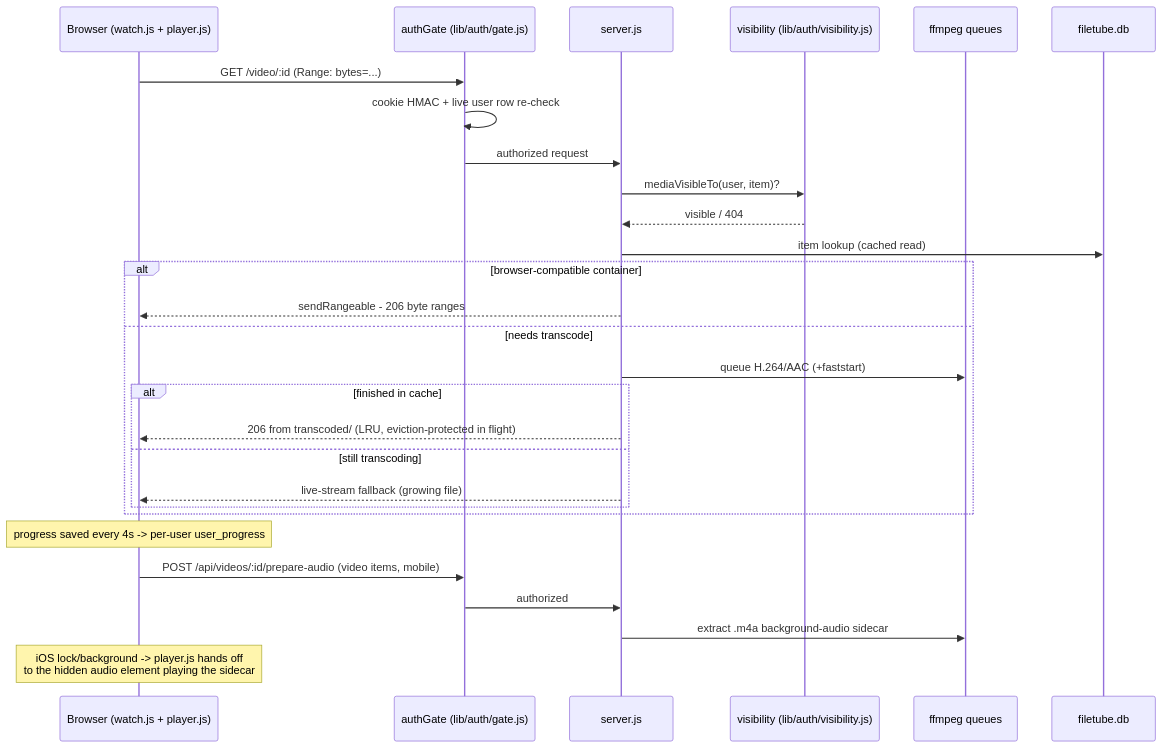
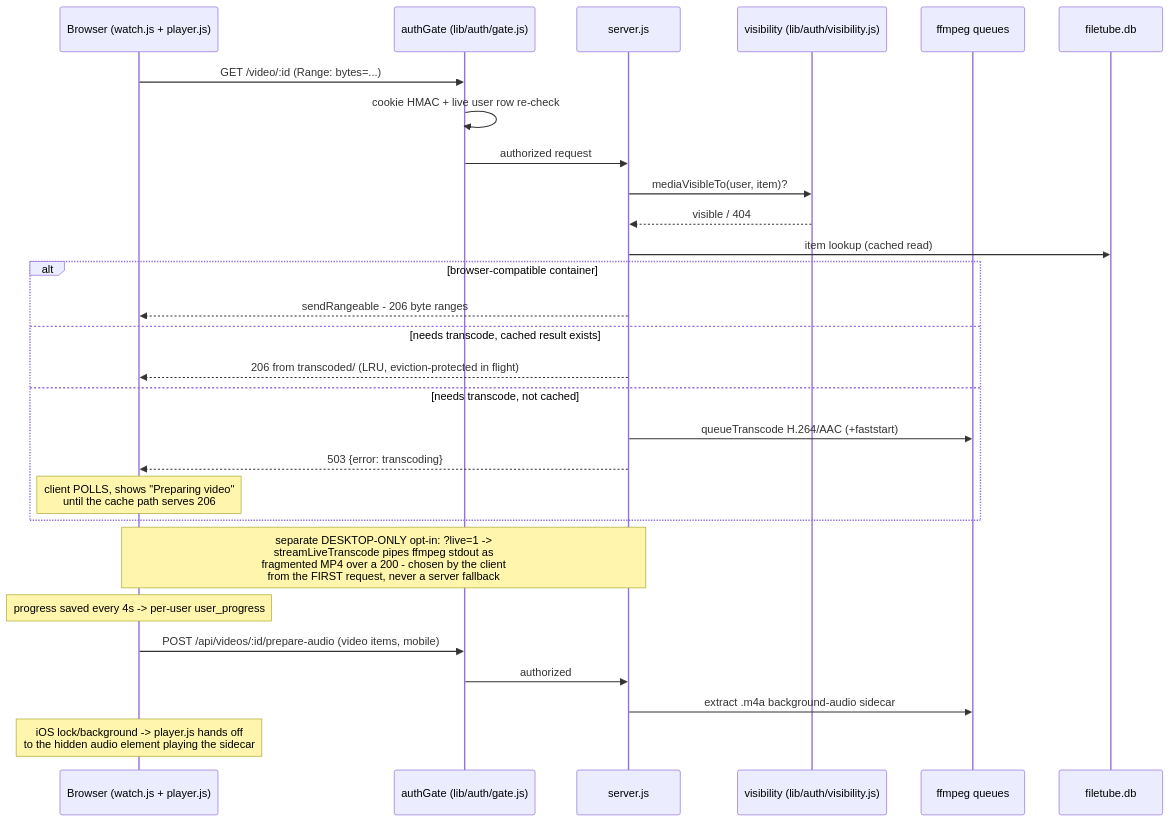
One commit to dtammam/filetube changed the fourth of 6 diagrams in docs/DIAGRAMS.md. Above: the diagram before and after it, drawn with Mermaid. The commit also changed other lines of this file and 2 other files, not shown here.

````diff
--- a/docs/DIAGRAMS.md
+++ b/docs/DIAGRAMS.md
@@ -154,31 +157,31 @@
 ```mermaid
 sequenceDiagram
     participant B as Browser (watch.js + player.js)
     participant G as authGate (lib/auth/gate.js)
     participant S as server.js
     participant V as visibility (lib/auth/visibility.js)
     participant F as ffmpeg queues
     participant D as filetube.db
 
     B->>G: GET /video/:id (Range: bytes=...)
     G->>G: cookie HMAC + live user row re-check
     G->>S: authorized request
     S->>V: mediaVisibleTo(user, item)?
     V-->>S: visible / 404
     S->>D: item lookup (cached read)
     alt browser-compatible container
         S-->>B: sendRangeable - 206 byte ranges
-    else needs transcode
-        S->>F: queue H.264/AAC (+faststart)
-        alt finished in cache
-            S-->>B: 206 from transcoded/ (LRU, eviction-protected in flight)
-        else still transcoding
-            S-->>B: live-stream fallback (growing file)
-        end
+    else needs transcode, cached result exists
+        S-->>B: 206 from transcoded/ (LRU, eviction-protected in flight)
+    else needs transcode, not cached
+        S->>F: queueTranscode H.264/AAC (+faststart)
+        S-->>B: 503 {error: transcoding}
+        Note over B: client POLLS, shows "Preparing video"<br/>until the cache path serves 206
     end
+    Note over B,S: separate DESKTOP-ONLY opt-in: ?live=1 -><br/>streamLiveTranscode pipes ffmpeg stdout as<br/>fragmented MP4 over a 200 - chosen by the client<br/>from the FIRST request, never a server fallback
     Note over B: progress saved every 4s -> per-user user_progress
     B->>G: POST /api/videos/:id/prepare-audio (video items, mobile)
     G->>S: authorized
     S->>F: extract .m4a background-audio sidecar
     Note over B: iOS lock/background -> player.js hands off<br/>to the hidden audio element playing the sidecar
 ```
````
